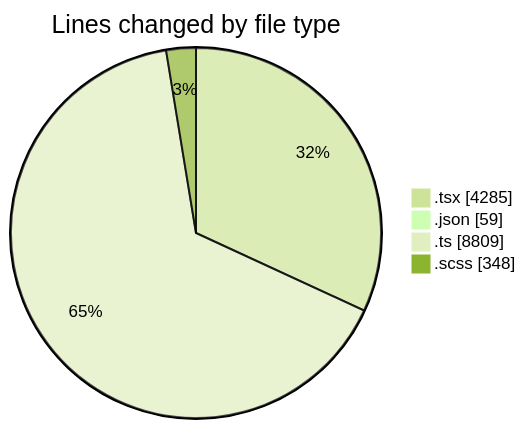
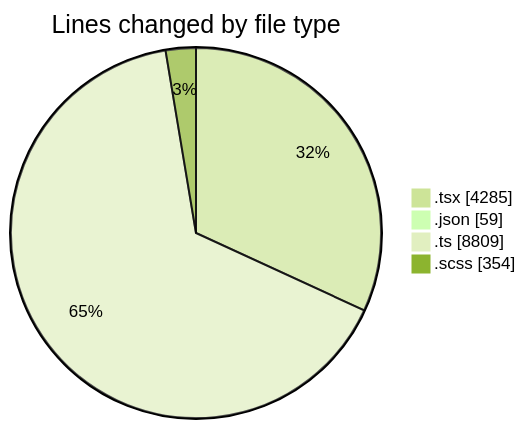
The first of 2 diagrams in 2025-11-24/cda/README.md (momahboobian/code-tracking), drawn with Mermaid (forest theme) before and after one commit. The commit also changed other lines of this file and 1 other file, not shown here.

````diff
--- a/2025-11-24/cda/README.md
+++ b/2025-11-24/cda/README.md
@@ -35,8 +35,8 @@
 ```mermaid
 pie showData
 title Lines changed by file type
 ".tsx" : 4285
 ".json" : 59
 ".ts" : 8809
-".scss" : 348
+".scss" : 354
 ```
````
